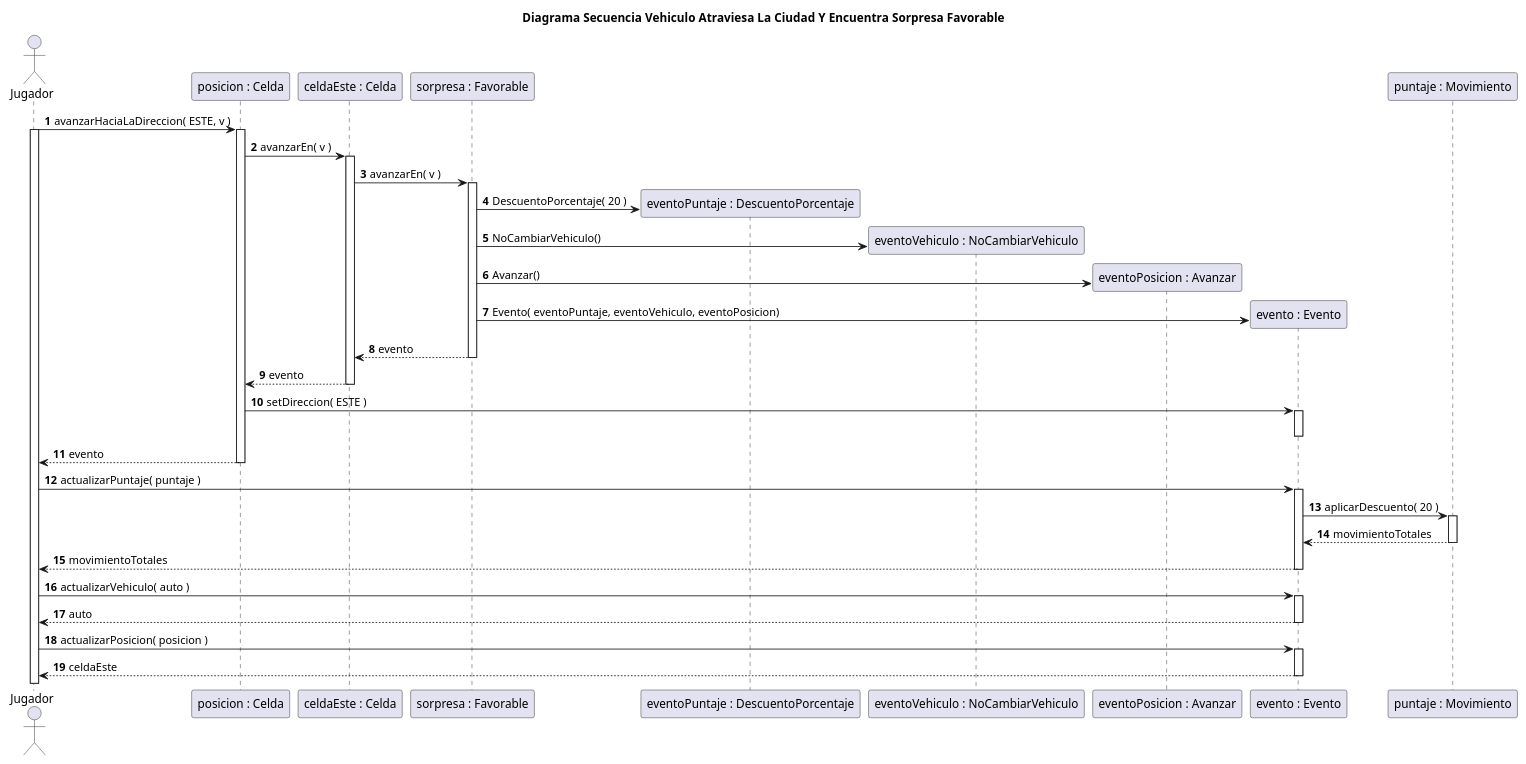
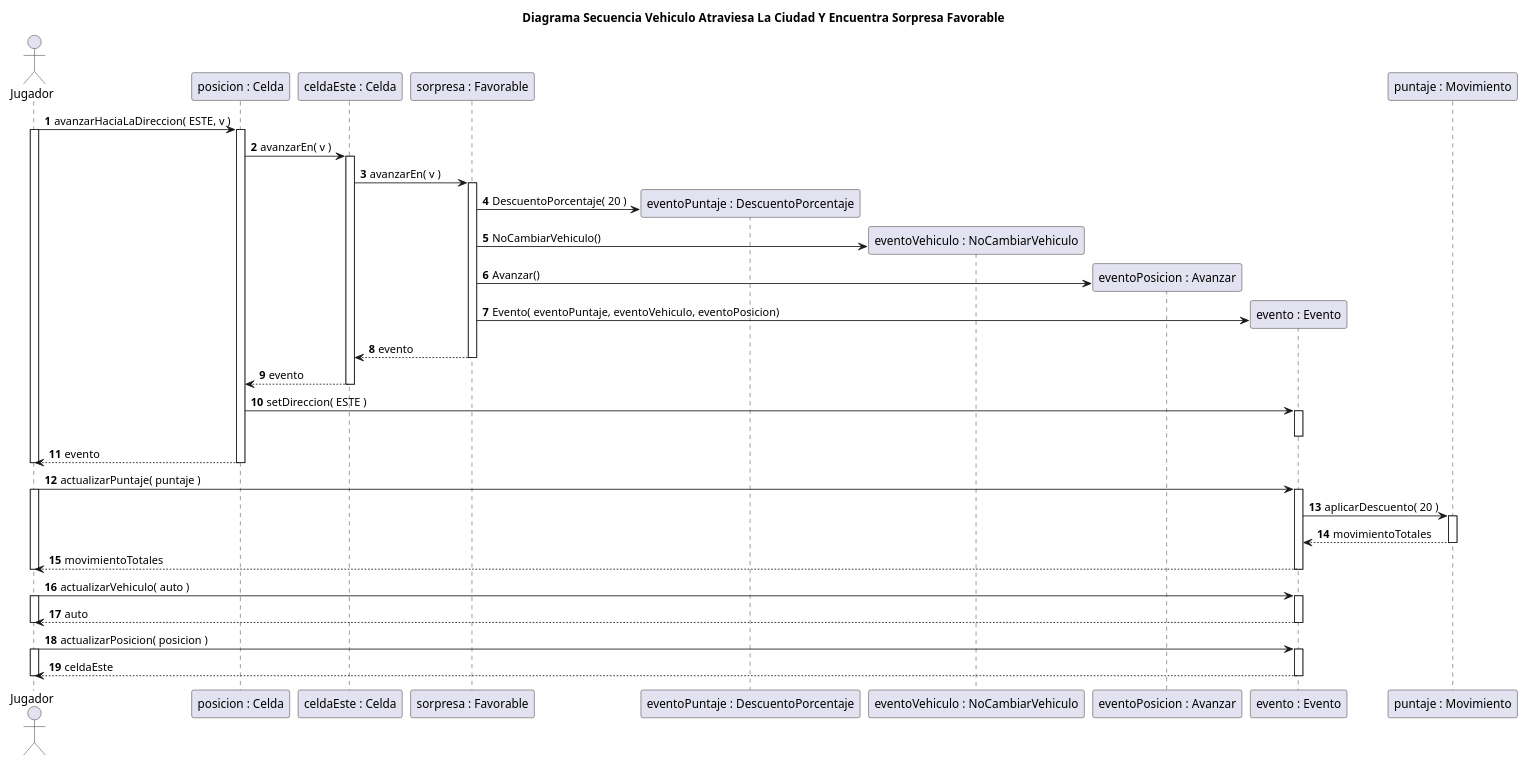
One commit to rodrigovzq/algo3_tp2 changed the diagram in diagrams/sequences/entrega2/CasoVehiculoAtraviesaLaCiudadYEncuentraSorpresaFavorable.puml. Above: the diagram before and after it, drawn with PlantUML. The commit also changed 24 other files, not shown here.

Commit message:
Detalles de Diagramas Mejorado

```diff
--- a/diagrams/sequences/entrega2/CasoVehiculoAtraviesaLaCiudadYEncuentraSorpresaFavorable.puml
+++ b/diagrams/sequences/entrega2/CasoVehiculoAtraviesaLaCiudadYEncuentraSorpresaFavorable.puml
@@ -1,49 +1,56 @@
 @startuml
 title Diagrama Secuencia Vehiculo Atraviesa La Ciudad Y Encuentra Sorpresa Favorable
 
 autonumber
 
 actor Jugador
 
 Jugador -> "posicion : Celda"++: avanzarHaciaLaDireccion( ESTE, v )
 
 activate Jugador
 "posicion : Celda" -> "celdaEste : Celda"++: avanzarEn( v )
 
 
 "celdaEste : Celda" -> "sorpresa : Favorable"++: avanzarEn( v )
 
 create "eventoPuntaje : DescuentoPorcentaje"
 "sorpresa : Favorable"-> "eventoPuntaje : DescuentoPorcentaje":  DescuentoPorcentaje( 20 )
 
 create "eventoVehiculo : NoCambiarVehiculo"
 "sorpresa : Favorable" -> "eventoVehiculo : NoCambiarVehiculo": NoCambiarVehiculo()
 
 create "eventoPosicion : Avanzar"
 "sorpresa : Favorable"  -> "eventoPosicion : Avanzar": Avanzar()
 
 create "evento : Evento"
 "sorpresa : Favorable"  -> "evento : Evento": Evento( eventoPuntaje, eventoVehiculo, eventoPosicion)
 
 "sorpresa : Favorable" --> "celdaEste : Celda"--: evento
 
 "celdaEste : Celda" --> "posicion : Celda": evento
 deactivate "celdaEste : Celda"
 "posicion : Celda" -> "evento : Evento"++: setDireccion( ESTE )
 deactivate "evento : Evento"
 "posicion : Celda" --> Jugador--: evento
-
+deactivate Jugador
 
 Jugador -> "evento : Evento"++: actualizarPuntaje( puntaje )
+activate Jugador
 "evento : Evento" -> "puntaje : Movimiento"++: aplicarDescuento( 20 )
 "puntaje : Movimiento" --> "evento : Evento": movimientoTotales
 deactivate "puntaje : Movimiento"
 Jugador <-- "evento : Evento"--: movimientoTotales
+deactivate Jugador
+
 
 Jugador -> "evento : Evento"++: actualizarVehiculo( auto )
+activate Jugador
 Jugador <-- "evento : Evento"--: auto
+deactivate Jugador
+
 
 Jugador -> "evento : Evento"++: actualizarPosicion( posicion )
+activate Jugador
 Jugador <-- "evento : Evento"--: celdaEste
-
+deactivate Jugador
 @enduml
```
